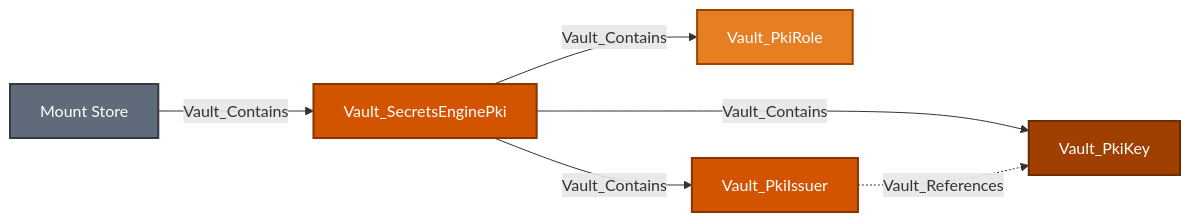
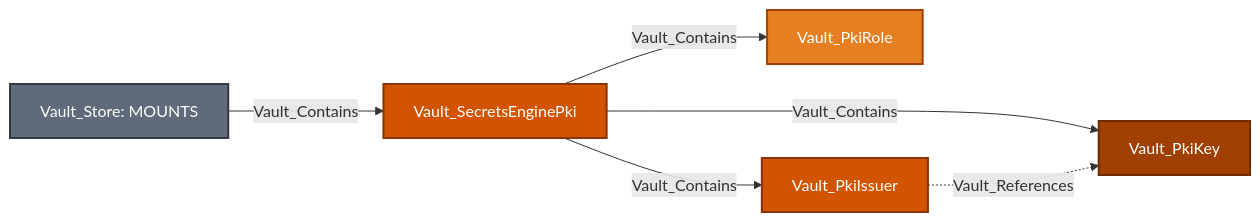
One commit to bytewreck/opengraph-vault changed diagram 20 of 29 in Documentation/stores/MOUNTS.md. Above: the diagram before and after it, drawn with Mermaid. The commit also changed other lines of this file and 13 other files, not shown here.

````diff
--- a/Documentation/stores/MOUNTS.md
+++ b/Documentation/stores/MOUNTS.md
@@ -1038,14 +1084,14 @@
 ```mermaid
 flowchart LR
-    store[Mount Store]:::storeNode -->|Vault_Contains| mount[Vault_SecretsEnginePki]:::mountNode
+    store[Vault_Store: MOUNTS]:::storeNode -->|Vault_Contains| mount[Vault_SecretsEnginePki]:::mountNode
     mount -->|Vault_Contains| role[Vault_PkiRole]:::secretObjectNode
     mount -->|Vault_Contains| issuer[Vault_PkiIssuer]:::issuerNode
     mount -->|Vault_Contains| key[Vault_PkiKey]:::pkiKeyNode
     issuer -.->|Vault_References| key
 
     classDef storeNode fill:#5F6B7A,color:#fff,stroke:#343A40,stroke-width:2px
     classDef mountNode fill:#D35400,color:#fff,stroke:#873600,stroke-width:2px
     classDef secretObjectNode fill:#E67E22,color:#fff,stroke:#A04000,stroke-width:2px
     classDef issuerNode fill:#D35400,color:#fff,stroke:#873600,stroke-width:2px
     classDef pkiKeyNode fill:#A04000,color:#fff,stroke:#6E2C00,stroke-width:2px
 ```
````
